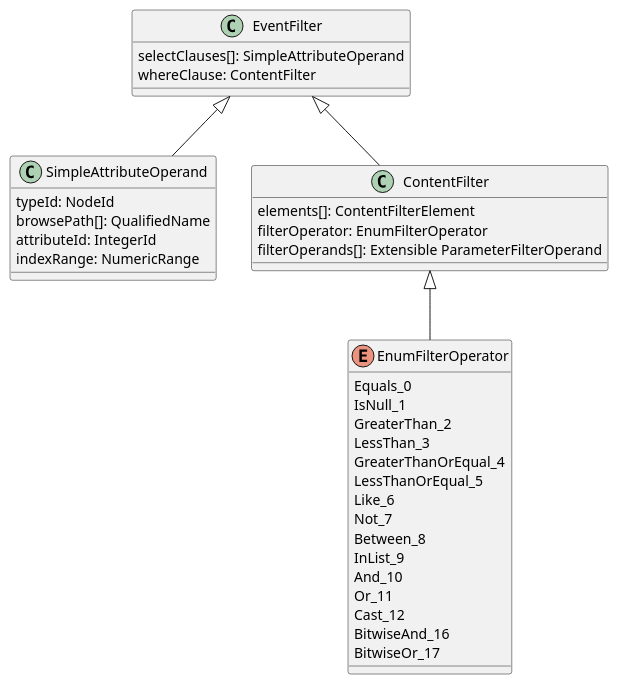
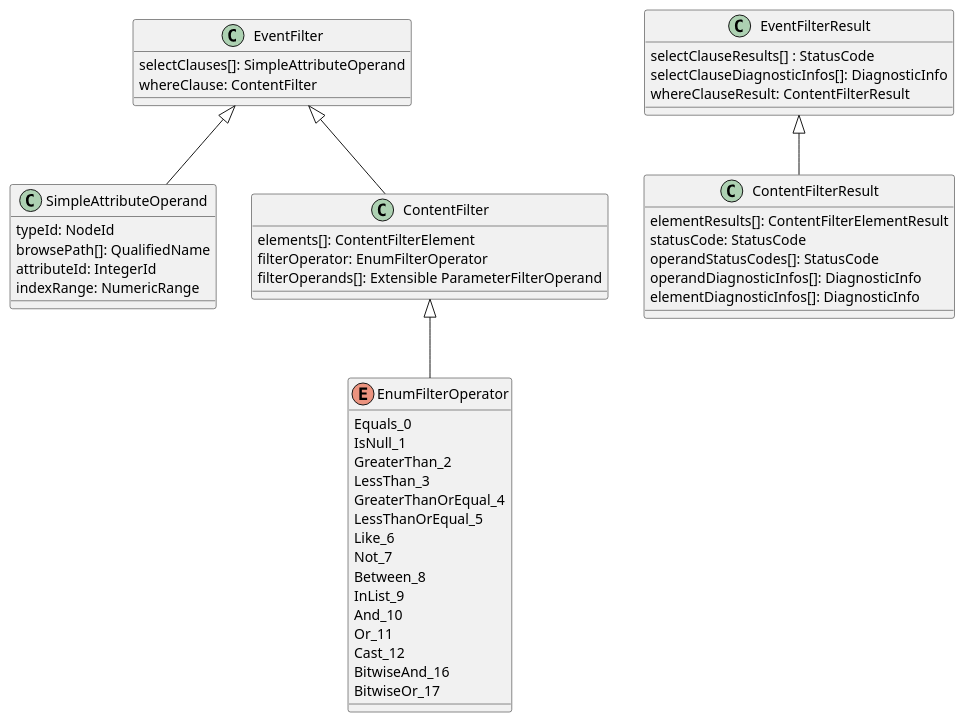
The diagram in planning/UML/EventFilter.puml (amrs96/open62541_Validation), drawn with PlantUML before and after one commit.

Commit message:
update UML Diagrams

```diff
--- a/planning/UML/EventFilter.puml
+++ b/planning/UML/EventFilter.puml
@@ -1,45 +1,61 @@
 @startuml
 
 
 class EventFilter {
 selectClauses[]: SimpleAttributeOperand
 whereClause: ContentFilter
 }
 
 class SimpleAttributeOperand {
    typeId: NodeId
    browsePath[]: QualifiedName
    attributeId: IntegerId
    indexRange: NumericRange
 }
 
 class ContentFilter {
     elements[]: ContentFilterElement
     filterOperator: EnumFilterOperator
     filterOperands[]: Extensible ParameterFilterOperand
+}
+
+class EventFilterResult {
+    selectClauseResults[] : StatusCode
+    selectClauseDiagnosticInfos[]: DiagnosticInfo
+    whereClauseResult: ContentFilterResult
+}
+
+class ContentFilterResult {
+    elementResults[]: ContentFilterElementResult
+    statusCode: StatusCode
+    operandStatusCodes[]: StatusCode
+    operandDiagnosticInfos[]: DiagnosticInfo
+    elementDiagnosticInfos[]: DiagnosticInfo
+
 }
 
 
 enum EnumFilterOperator {
 Equals_0
 IsNull_1
 GreaterThan_2
 LessThan_3
 GreaterThanOrEqual_4
 LessThanOrEqual_5
 Like_6
 Not_7
 Between_8
 InList_9
 And_10
 Or_11
 Cast_12
 BitwiseAnd_16
 BitwiseOr_17
 }
 
 EventFilter <|--  SimpleAttributeOperand
 EventFilter <|--  ContentFilter
 ContentFilter <|-- EnumFilterOperator
+EventFilterResult <|-- ContentFilterResult
 
 @enduml
```
